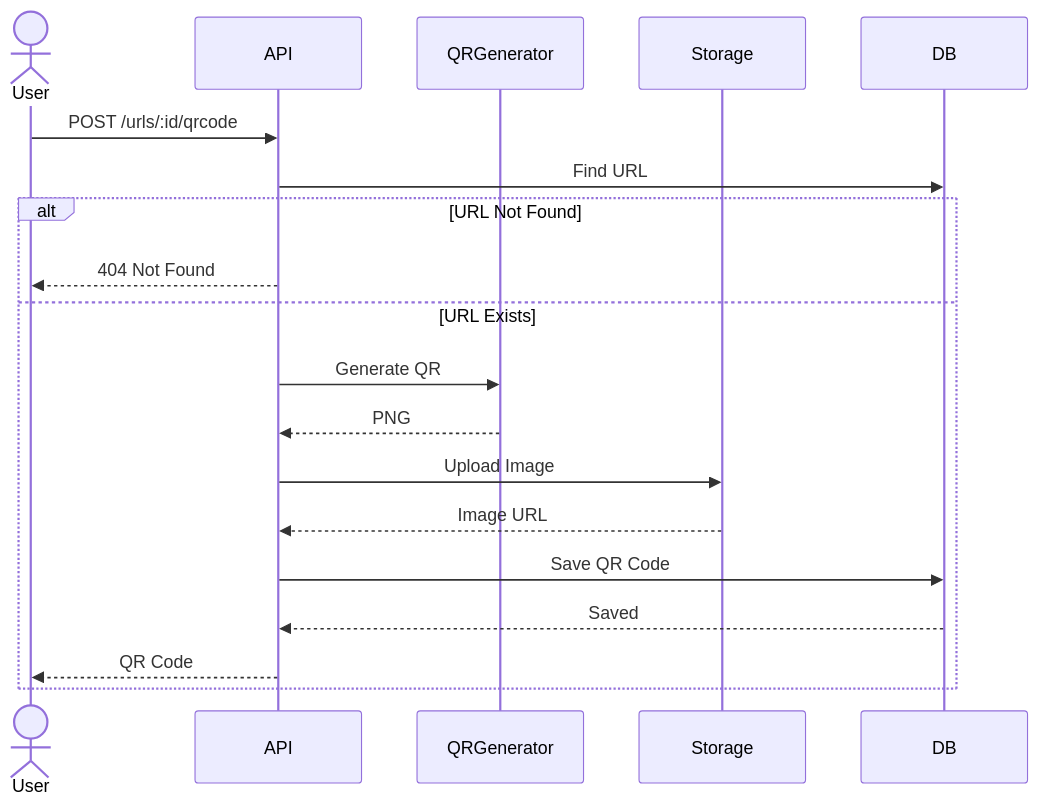
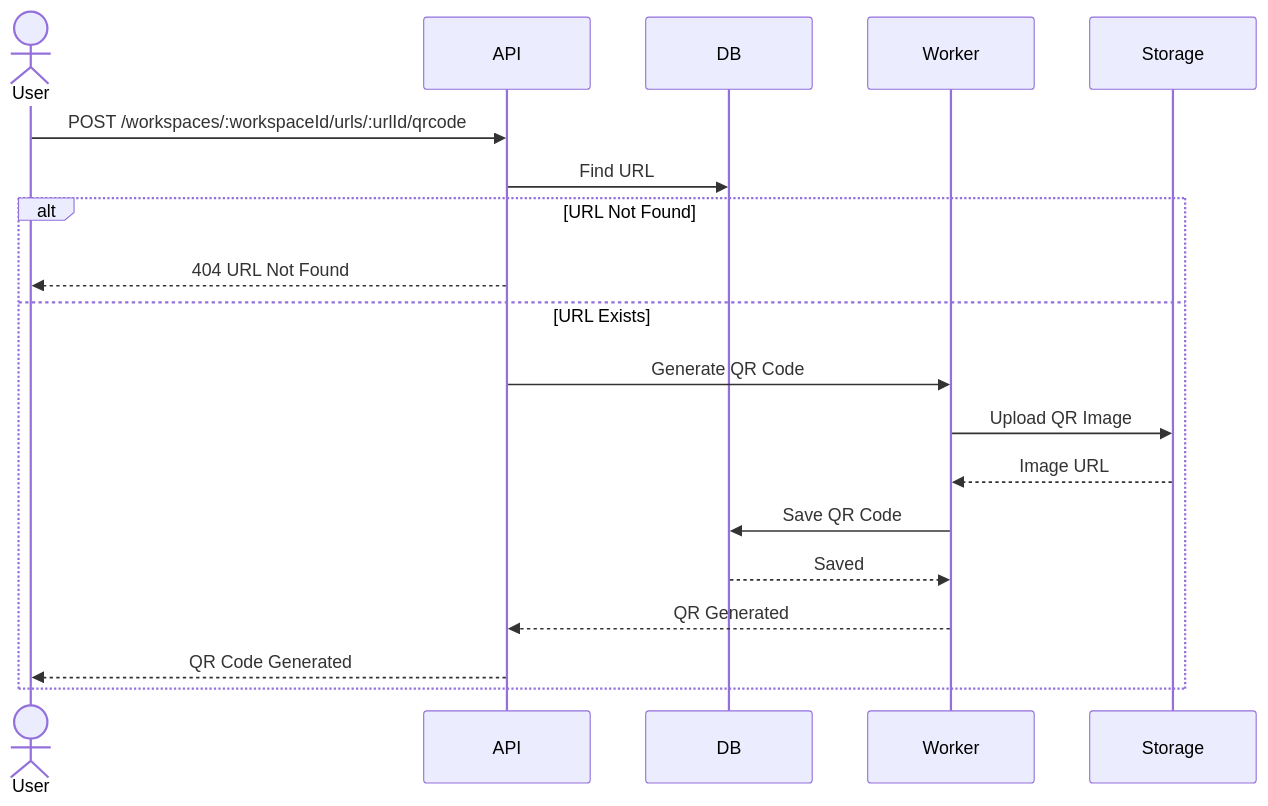
Before and after one commit to datnguyxn/LinkFlow: the seventh of 8 diagrams in docs/architecture/url/URL-Sequence.md, drawn with Mermaid. The commit also changed other lines of this file and 53 other files, not shown here.

````diff
--- a/docs/architecture/url/URL-Sequence.md
+++ b/docs/architecture/url/URL-Sequence.md
@@ -262,34 +373,36 @@
 ```mermaid
 sequenceDiagram
 
     actor User
+
     participant API
-    participant QRGenerator
+    participant DB
+    participant Worker
     participant Storage
-    participant DB
 
-    User->>API: POST /urls/:id/qrcode
+    User->>API: POST /workspaces/:workspaceId/urls/:urlId/qrcode
 
     API->>DB: Find URL
 
     alt URL Not Found
-        API-->>User: 404 Not Found
+
+        API-->>User: 404 URL Not Found
 
     else URL Exists
 
-        API->>QRGenerator: Generate QR
+        API->>Worker: Generate QR Code
 
-        QRGenerator-->>API: PNG
+        Worker->>Storage: Upload QR Image
 
-        API->>Storage: Upload Image
+        Storage-->>Worker: Image URL
 
-        Storage-->>API: Image URL
+        Worker->>DB: Save QR Code
 
-        API->>DB: Save QR Code
+        DB-->>Worker: Saved
 
-        DB-->>API: Saved
+        Worker-->>API: QR Generated
 
-        API-->>User: QR Code
+        API-->>User: QR Code Generated
 
     end
 ```
````
